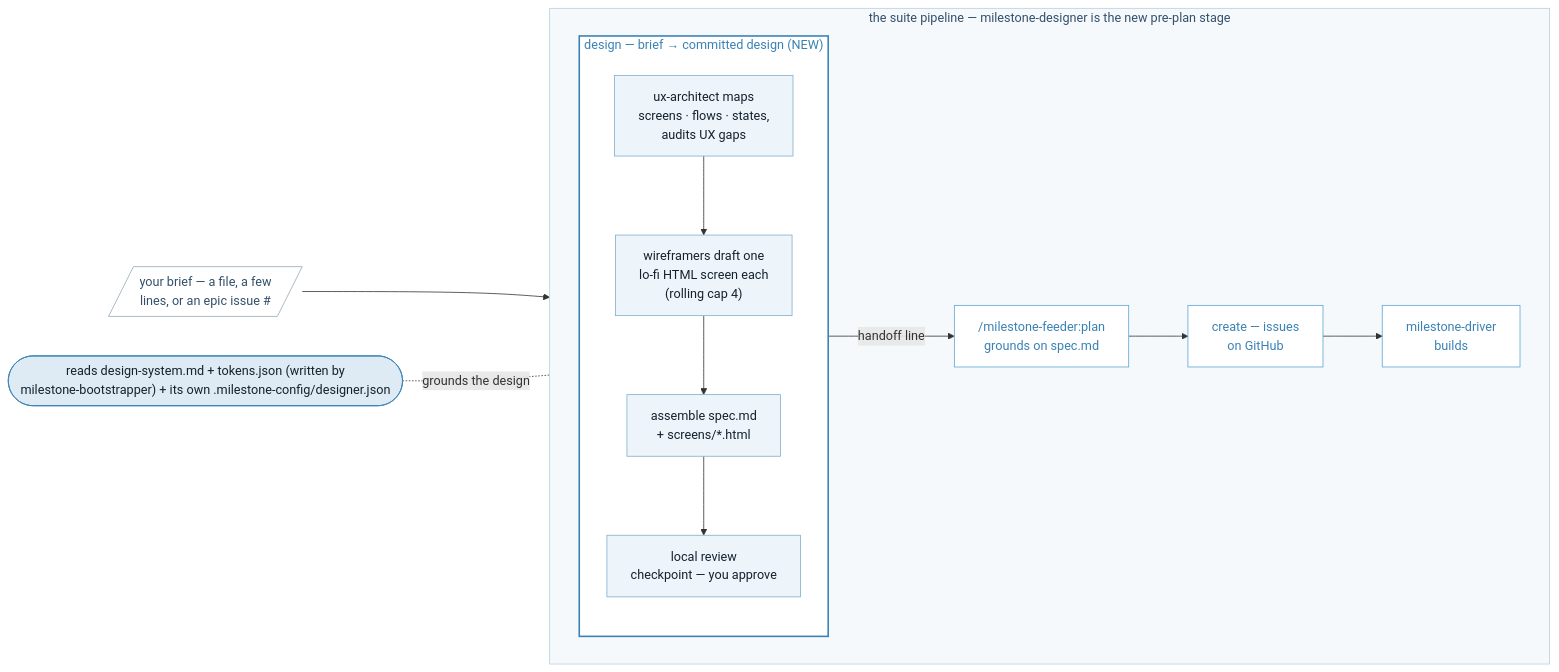
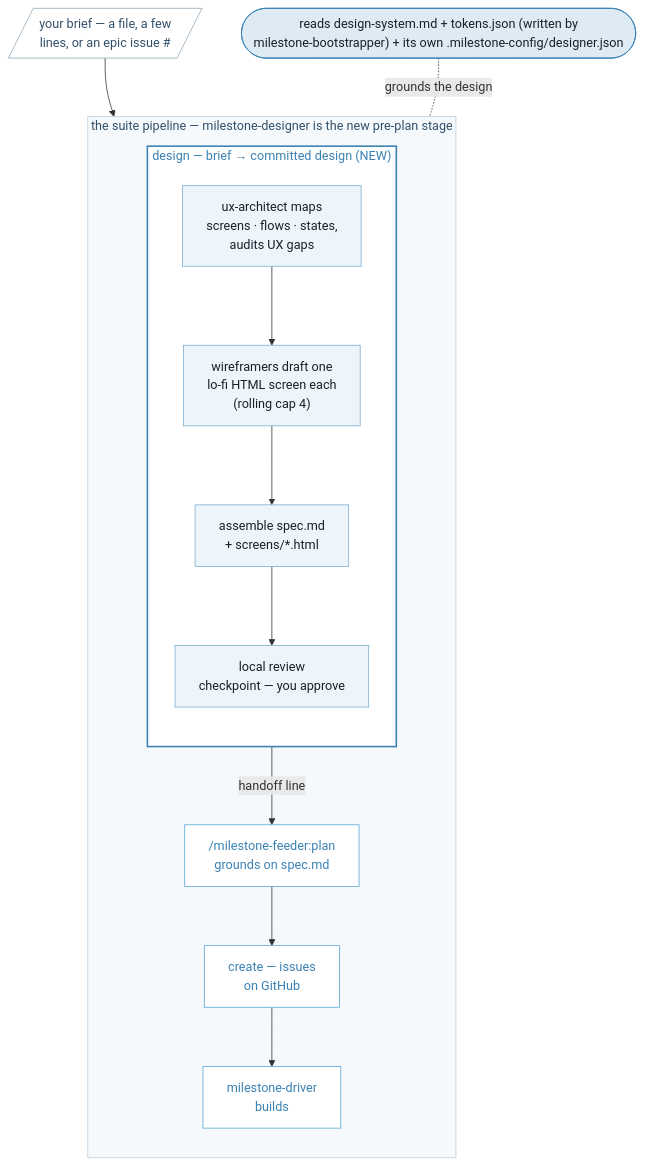
Before and after one commit to kenmulford/milestone-designer: the diagram in README.md, drawn with Mermaid.

Commit message:
docs: stack the README pipeline diagram vertically (flowchart TD)
The LR layout scrolled off screen horizontally on desktop; siblings
(milestone-driver, milestone-feeder) use flowchart TD — match them.

````diff
--- a/README.md
+++ b/README.md
@@ -25,33 +25,33 @@
 ```mermaid
 %%{init: {"flowchart": {"wrappingWidth": 900}} }%%
-flowchart LR
+flowchart TD
     brief[/"your brief — a file, a few<br/>lines, or an epic issue #"/]
 
     subgraph pipe ["the suite pipeline — milestone-designer is the new pre-plan stage"]
-        direction LR
+        direction TB
         subgraph sgD ["design — brief → committed design (NEW)"]
             direction TB
             d1["ux-architect maps<br/>screens · flows · states,<br/>audits UX gaps"] --> d2["wireframers draft one<br/>lo-fi HTML screen each<br/>(rolling cap 4)"] --> d3["assemble spec.md<br/>+ screens/*.html"] --> d4["local review<br/>checkpoint — you approve"]
         end
         plan["/milestone-feeder:plan<br/>grounds on spec.md"]
         create["create — issues<br/>on GitHub"]
         drive["milestone-driver<br/>builds"]
 
         sgD -->|handoff line| plan --> create --> drive
     end
 
     cfg(["reads design-system.md + tokens.json (written by<br/>milestone-bootstrapper) + its own .milestone-config/designer.json"])
 
     brief --> sgD
     cfg <-.-|grounds the design| sgD
 
     style brief fill:#FFFFFF,stroke:#94A9B8,color:#33506B
     style pipe fill:#F5F9FC,stroke:#B9CFDF,color:#33506B
     style sgD fill:#FFFFFF,stroke:#3A82B4,stroke-width:2px,color:#3A82B4
     style plan fill:#FFFFFF,stroke:#5AA6D4,color:#3A82B4
     style create fill:#FFFFFF,stroke:#5AA6D4,color:#3A82B4
     style drive fill:#FFFFFF,stroke:#5AA6D4,color:#3A82B4
     style cfg fill:#DEEBF5,stroke:#3A82B4,color:#15212B
     classDef action fill:#EDF4FA,stroke:#7FAECE,color:#15212B
     class d1,d2,d3,d4 action
 ```
````
